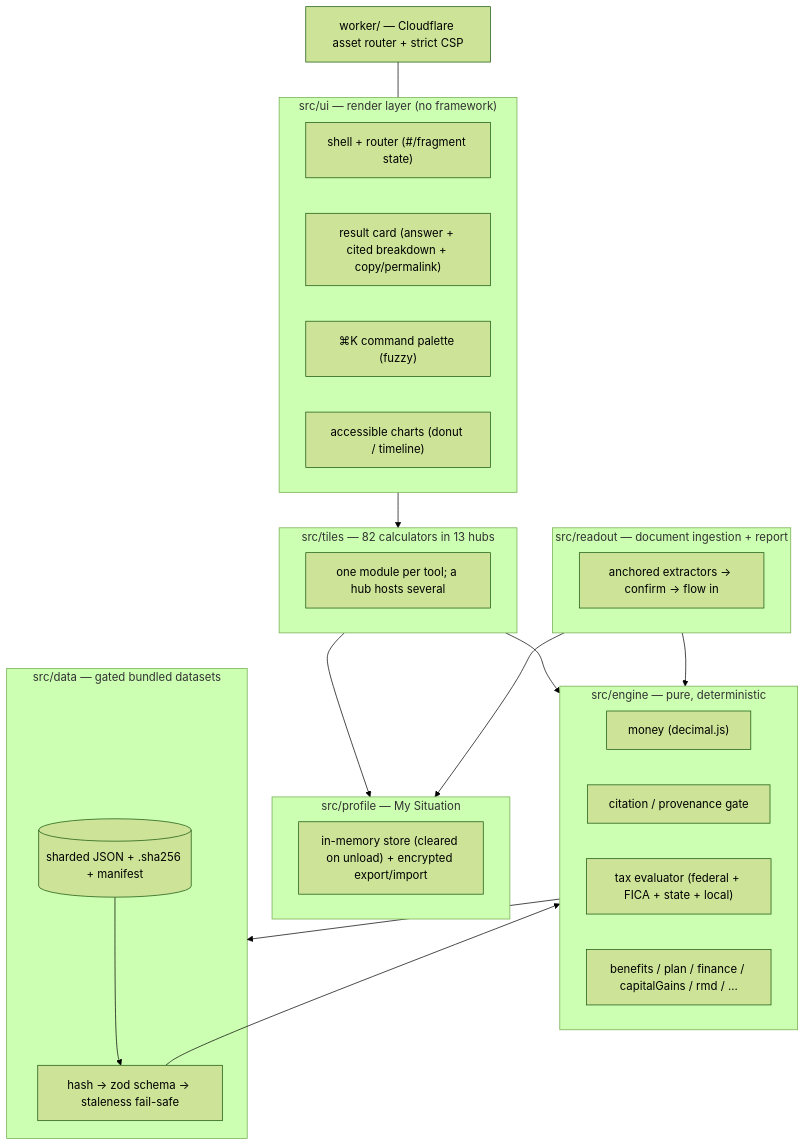
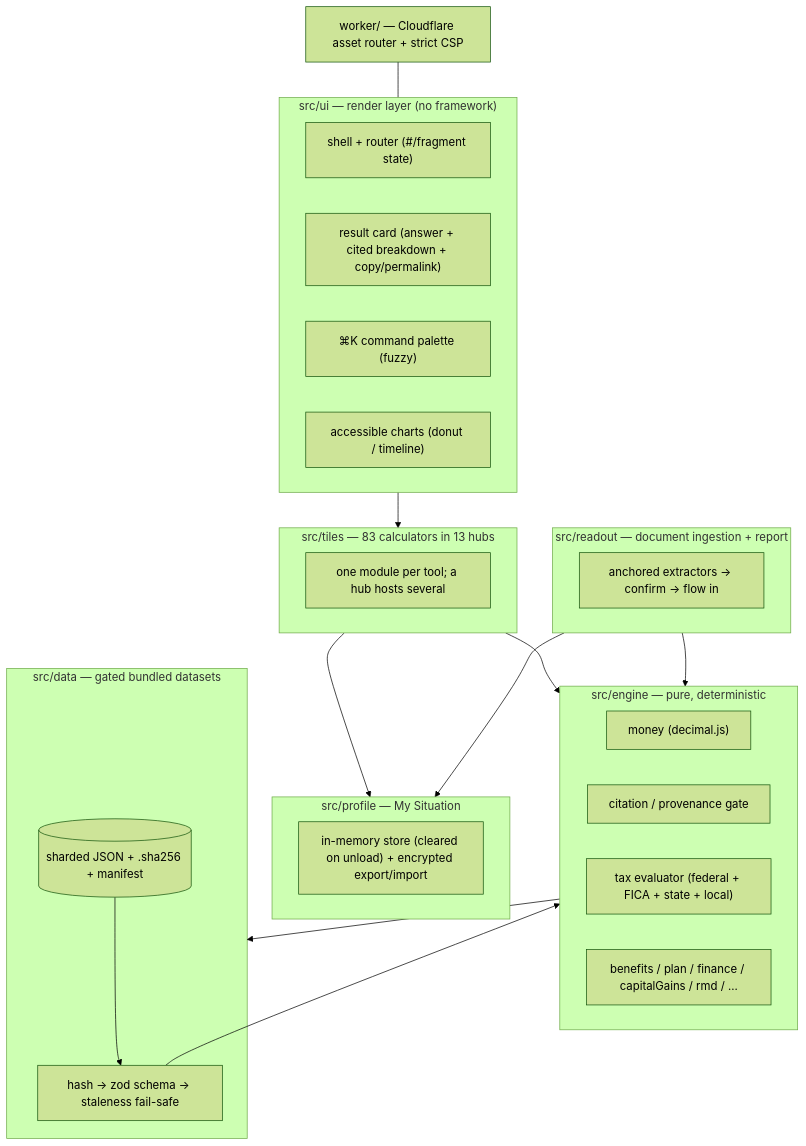
One commit to clay-good/enklayve changed the second of 7 diagrams in docs/under-the-hood.md. Above: the diagram before and after it, drawn with Mermaid (forest theme). The commit also changed other lines of this file and 31 other files, not shown here.

````diff
--- a/docs/under-the-hood.md
+++ b/docs/under-the-hood.md
@@ -300,36 +300,36 @@
 ```mermaid
 flowchart TD
     subgraph UI["src/ui — render layer (no framework)"]
         SH["shell + router (#/fragment state)"]
         RC["result card (answer + cited breakdown + copy/permalink)"]
         CP["⌘K command palette (fuzzy)"]
         CH["accessible charts (donut / timeline)"]
     end
-    subgraph TILES["src/tiles — 82 calculators in 13 hubs"]
+    subgraph TILES["src/tiles — 83 calculators in 13 hubs"]
         T1["one module per tool; a hub hosts several"]
     end
     subgraph PROFILE["src/profile — My Situation"]
         PS["in-memory store (cleared on unload) + encrypted export/import"]
     end
     subgraph READOUT["src/readout — document ingestion + report"]
         RX["anchored extractors → confirm → flow in"]
     end
     subgraph ENGINE["src/engine — pure, deterministic"]
         MN["money (decimal.js)"]
         CI["citation / provenance gate"]
         TAX["tax evaluator (federal + FICA + state + local)"]
         BEN["benefits / plan / finance / capitalGains / rmd / ..."]
     end
     subgraph DATA["src/data — gated bundled datasets"]
         LO["hash → zod schema → staleness fail-safe"]
         DS[("sharded JSON + .sha256 + manifest")]
     end
     TILES --> ENGINE
     READOUT --> ENGINE
     TILES --> PROFILE
     READOUT --> PROFILE
     UI --> TILES
     ENGINE --> DATA
     DS --> LO --> ENGINE
     WORKER["worker/ — Cloudflare asset router + strict CSP"] --- UI
 ```
````
